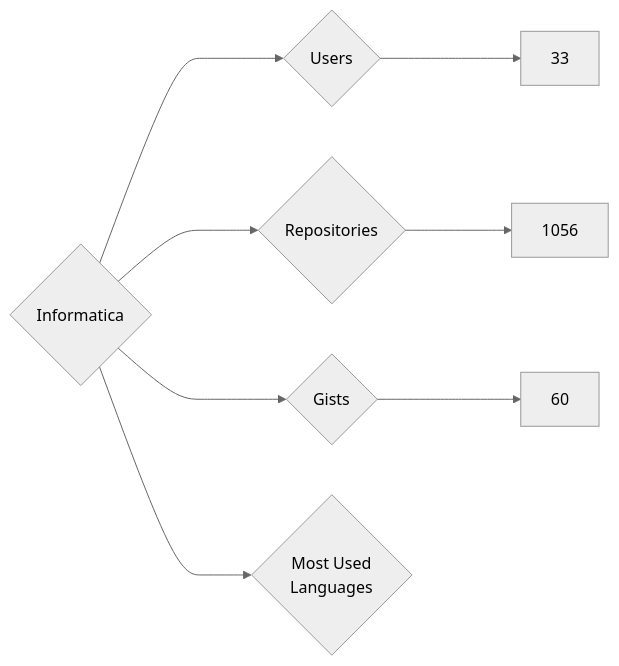
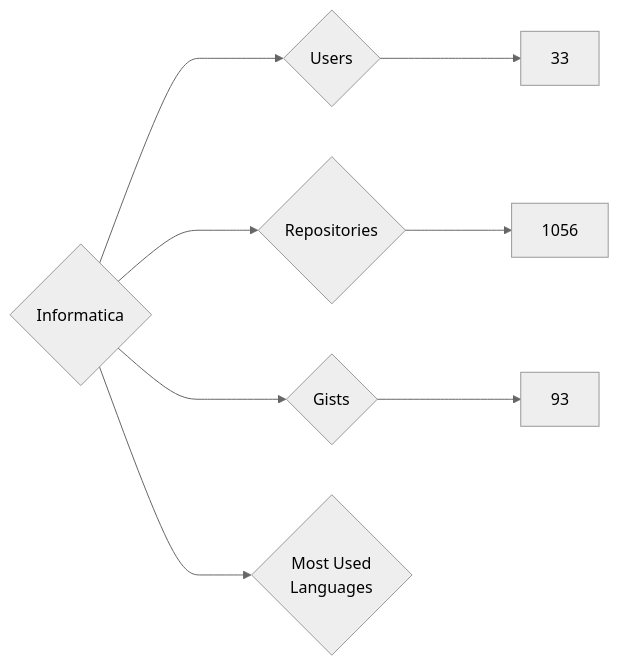
Before and after one commit to nenadzaric/insiders: the diagram in targets/Informatica/README.md, drawn with Mermaid (neutral theme). The commit also changed 1342 other files, not shown here.

````diff
--- a/targets/Informatica/README.md
+++ b/targets/Informatica/README.md
@@ -3,8 +3,8 @@
 ```mermaid
 graph LR
 COMPANY_NAME{Informatica}
 COMPANY_NAME ---> U{Users} ---> UN[33]
 COMPANY_NAME ---> R{Repositories} ---> RN[1056]
-COMPANY_NAME ---> G{Gists} ---> GN[60]
+COMPANY_NAME ---> G{Gists} ---> GN[93]
 COMPANY_NAME ---> ML{Most Used<br>Languages}
 ```
````
